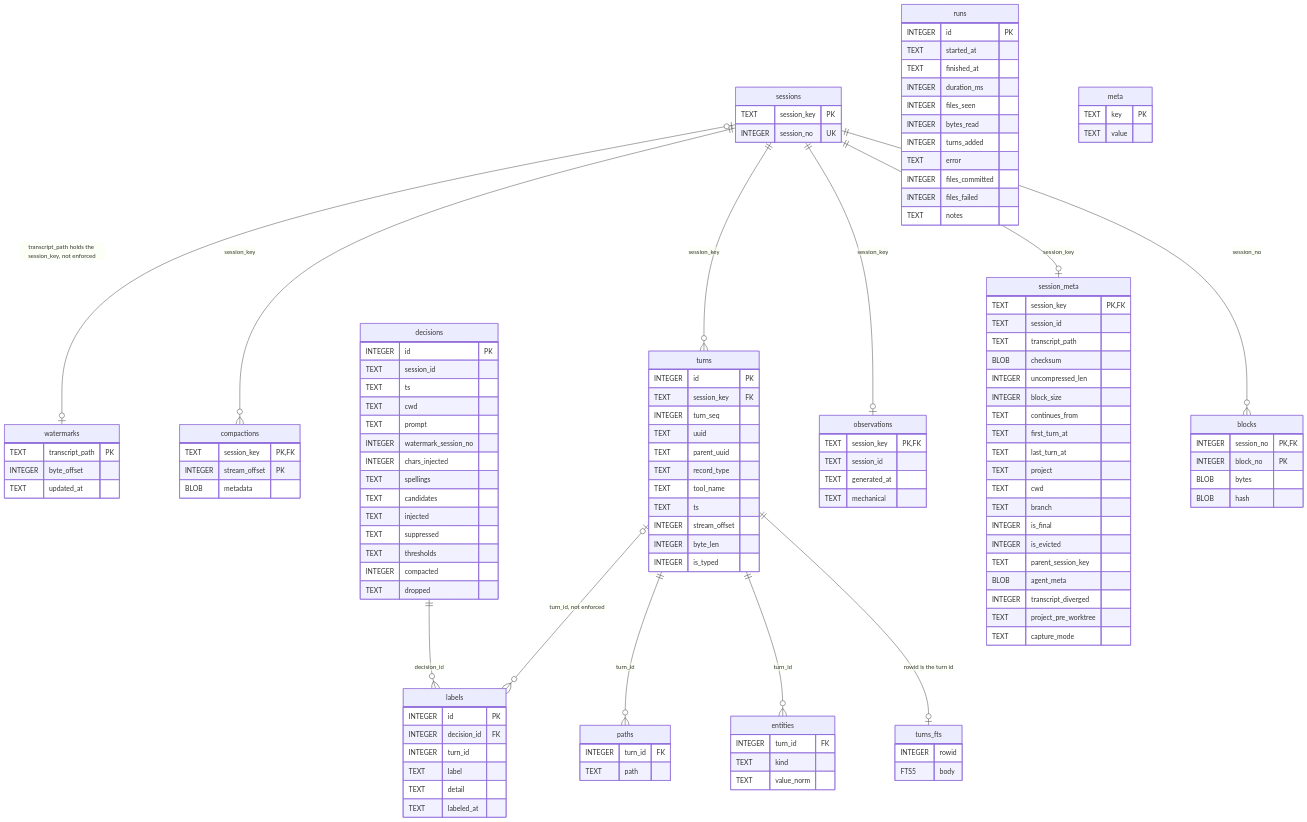
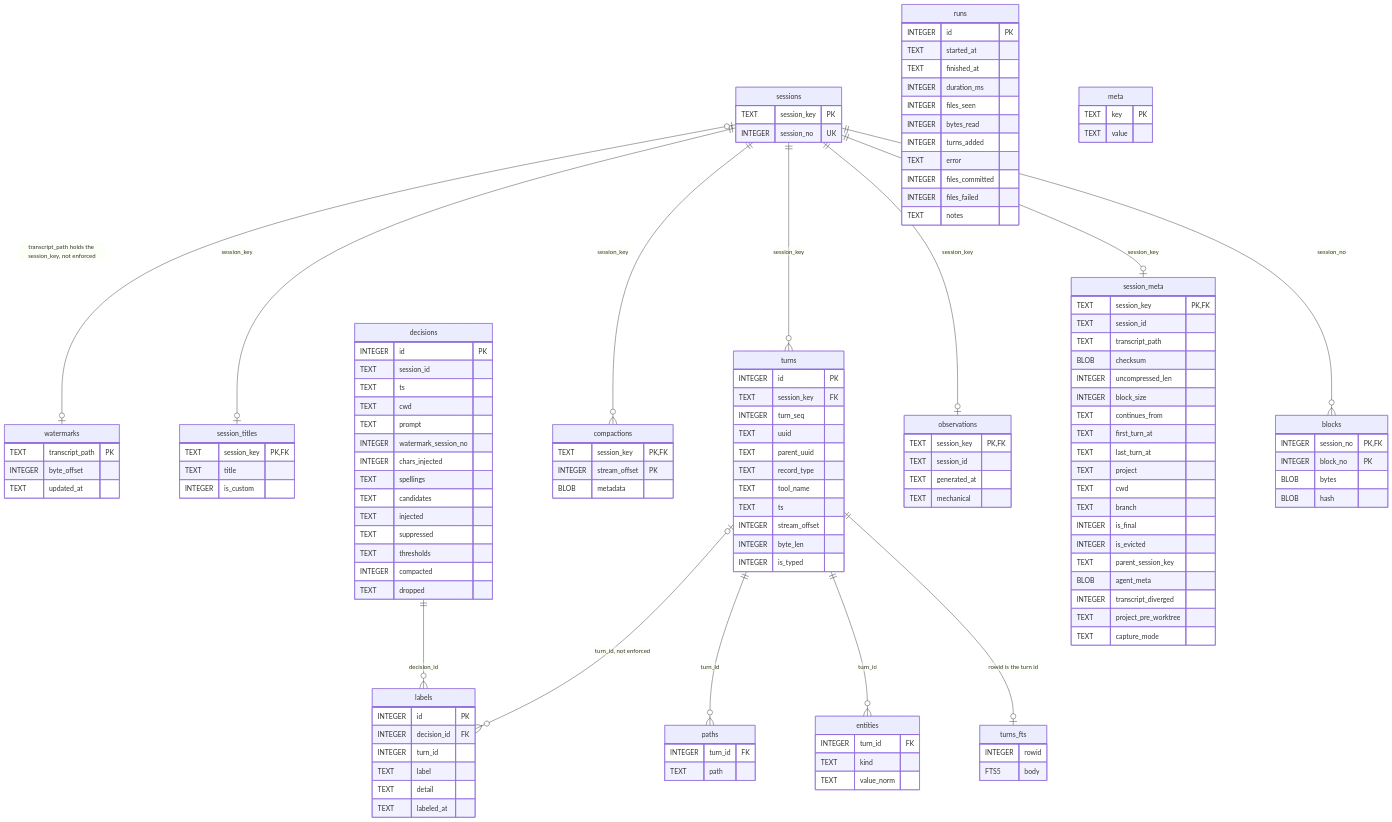
Before and after one commit to crenshawdev/terminus: the first of 3 diagrams in docs/design/0004-archive-and-block-rows.md, drawn with Mermaid. The commit also changed other lines of this file and 9 other files, not shown here.

```diff
--- a/docs/design/0004-archive-and-block-rows.md
+++ b/docs/design/0004-archive-and-block-rows.md
@@ -374,6 +382,11 @@
     INTEGER stream_offset PK
     BLOB metadata
   }
+  session_titles {
+    TEXT session_key PK, FK
+    TEXT title
+    INTEGER is_custom
+  }
   turns_fts {
     INTEGER rowid
     FTS5 body
@@ -414,6 +427,7 @@
   sessions ||--o| observations : "session_key"
   sessions ||--o{ turns : "session_key"
   sessions ||--o{ compactions : "session_key"
+  sessions ||--o| session_titles : "session_key"
   sessions |o--o| watermarks : "transcript_path holds the session_key, not enforced"
   turns ||--o| turns_fts : "rowid is the turn id"
   turns ||--o{ entities : "turn_id"
```
